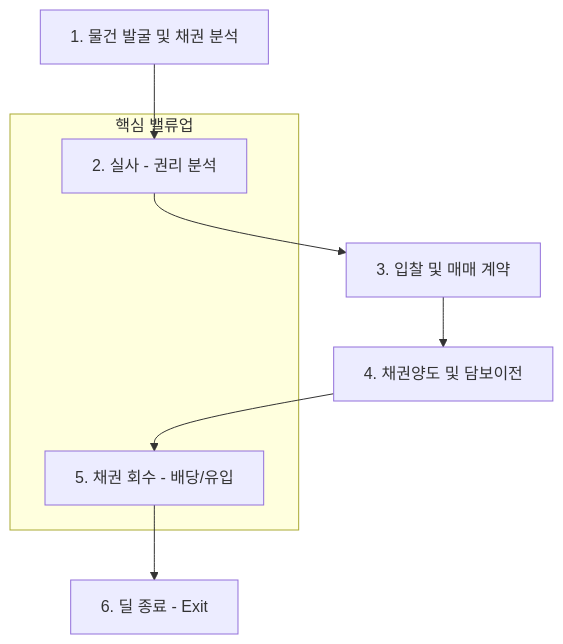
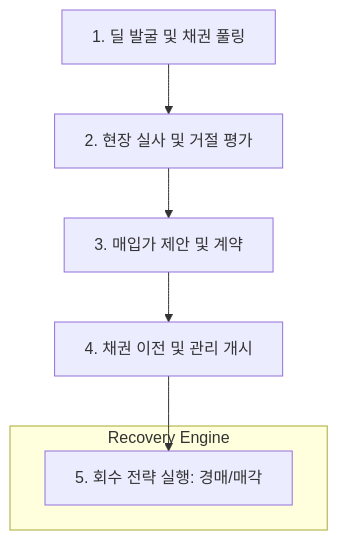
One commit to kbgkim/ib_wiki changed the diagram in src/03_Assets_Verticals/NPL/NPL_Deal_Lifecycle.md. Above: the diagram before and after it, drawn with Mermaid. The commit also changed other lines of this file and 7 other files, not shown here.

````diff
--- a/src/03_Assets_Verticals/NPL/NPL_Deal_Lifecycle.md
+++ b/src/03_Assets_Verticals/NPL/NPL_Deal_Lifecycle.md
@@ -9,13 +16,11 @@
 ```mermaid
 graph TD
-    A[1. 물건 발굴 및 채권 분석] --> B[2. 실사 - 권리 분석]
-    B --> C[3. 입찰 및 매매 계약]
-    C --> D[4. 채권양도 및 담보이전]
-    D --> E[5. 채권 회수 - 배당/유입]
-    E --> F[6. 딜 종료 - Exit]
+    A[1. 딜 발굴 및 채권 풀링] --> B[2. 현장 실사 및 거절 평가]
+    B --> C[3. 매입가 제안 및 계약]
+    C --> D[4. 채권 이전 및 관리 개시]
+    D --> E[5. 회수 전략 실행: 경매/매각]
     
-    subgraph "핵심 밸류업"
-    B
+    subgraph "Recovery Engine"
     E
     end
 ```
````
